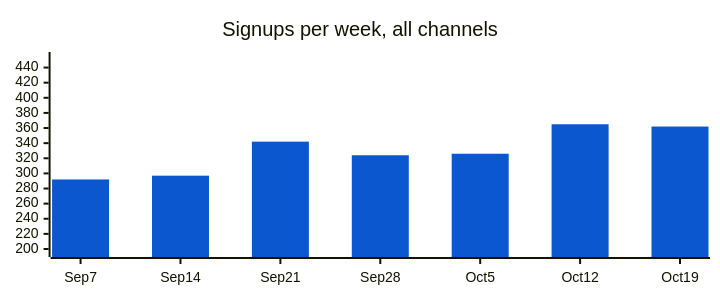
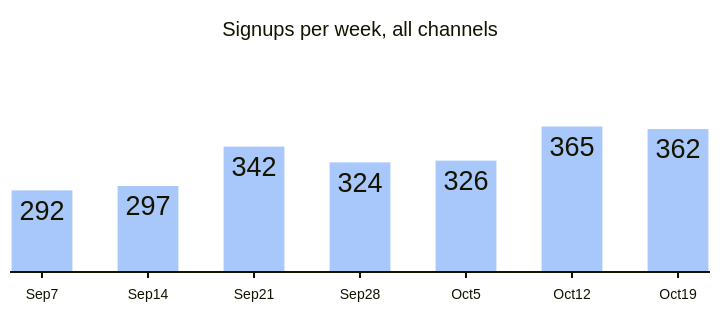
The diagram in scripts/shoot/demo/metrics/report.md (csarkosh/ide-arkos), drawn with Mermaid before and after one commit. The commit also changed 4 other files, not shown here.

Commit message:
Shoot: the new scenes wait for a finished session, the blogger's two pictures the same moment; a lighter Explorer under watercolor; the analyst's chart labelled on its bars

````diff
--- a/scripts/shoot/demo/metrics/report.md
+++ b/scripts/shoot/demo/metrics/report.md
@@ -19,8 +19,8 @@
 ```mermaid
-%%{init: {"xyChart": {"height": 280}, "themeVariables": {"xyChart": {"plotColorPalette": "#0b57d0"}}}}%%
+%%{init: {"xyChart": {"height": 300, "showDataLabel": true, "xAxis": {"labelPadding": 8}, "yAxis": {"showLabel": false, "showTick": false, "showTitle": false, "showAxisLine": false}}, "themeVariables": {"xyChart": {"plotColorPalette": "#a8c7fa"}}}}%%
 xychart-beta
   title "Signups per week, all channels"
   x-axis [Sep 7, Sep 14, Sep 21, Sep 28, Oct 5, Oct 12, Oct 19]
   y-axis 200 --> 450
   bar [292, 297, 342, 324, 326, 365, 362]
 ```
````
